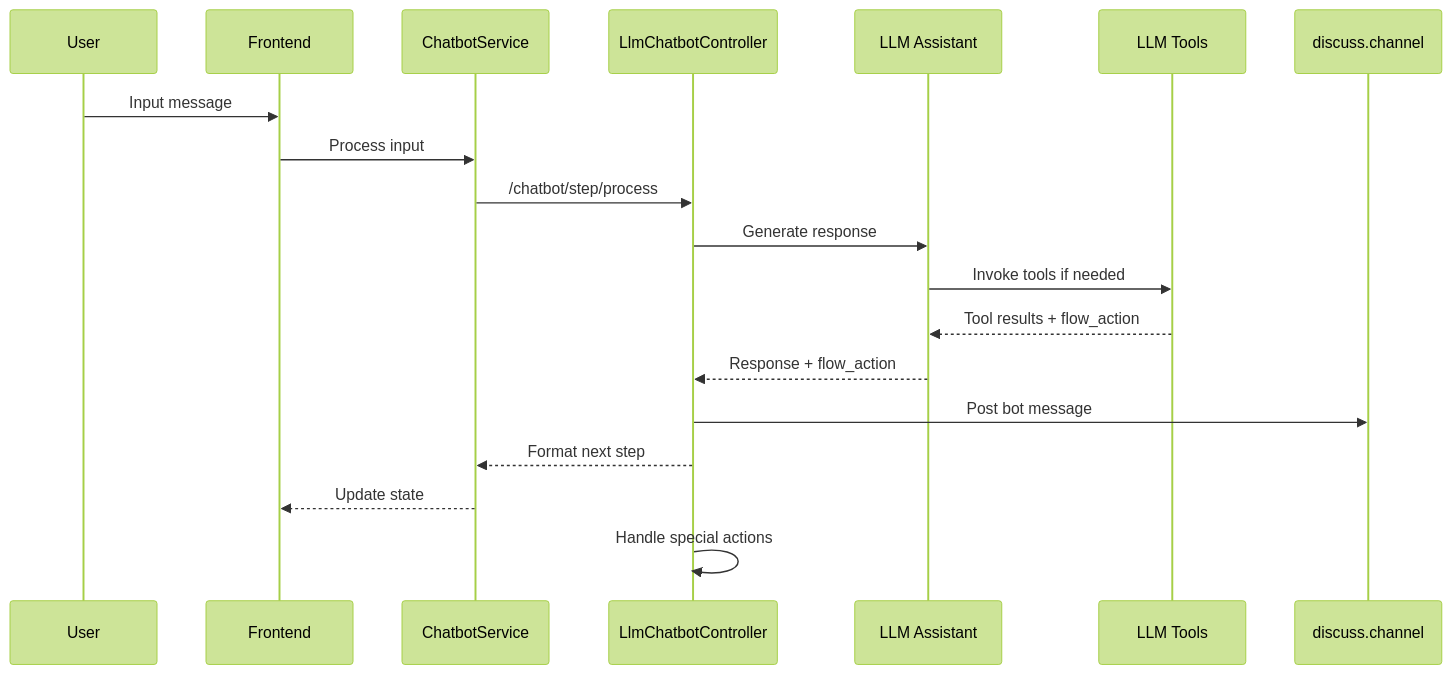
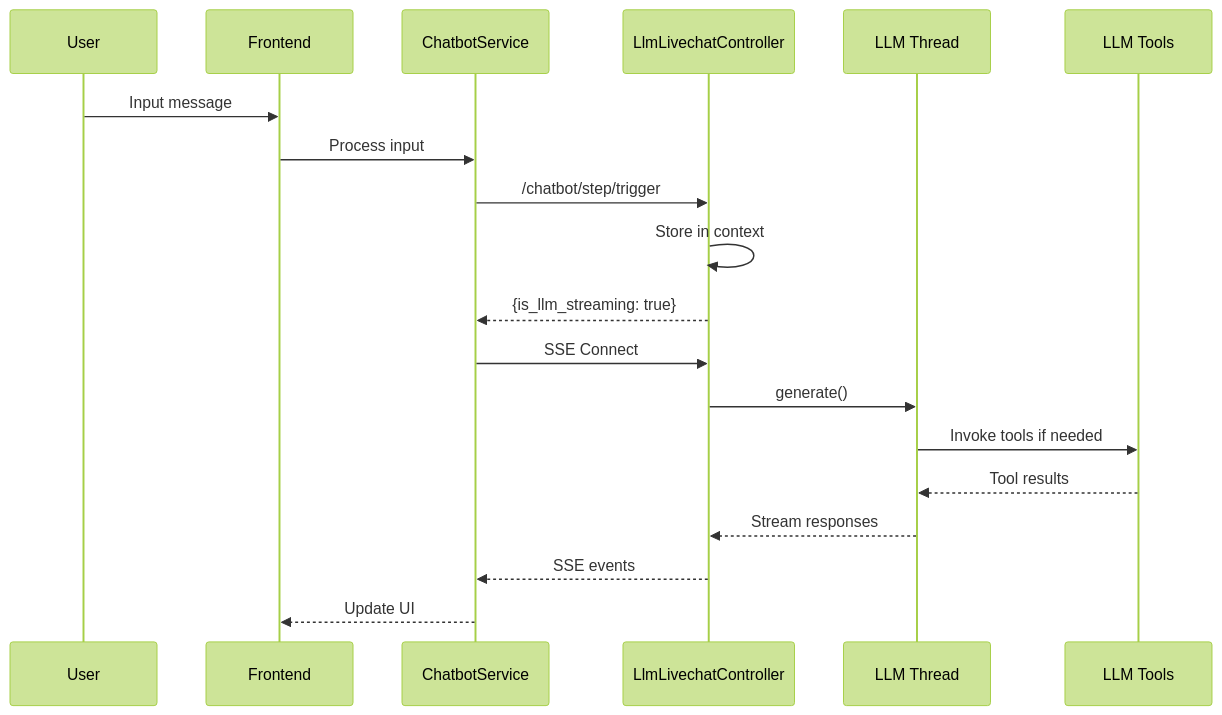
The fourth of 4 diagrams in llm_website_assistant/docs/developer-guide/architecture/architecture.md (yoandym/odoo-llm), drawn with Mermaid (forest theme) before and after one commit. The commit also changed other lines of this file and 46 other files, not shown here.

First line of the commit message:
[WIP] LLM capabilities for im_livechat

````diff
--- a/llm_website_assistant/docs/developer-guide/architecture/architecture.md
+++ b/llm_website_assistant/docs/developer-guide/architecture/architecture.md
@@ -202,21 +352,21 @@
 ```{mermaid}
 sequenceDiagram
     participant U as User
     participant F as Frontend
     participant CS as ChatbotService
-    participant LCC as LlmChatbotController
-    participant LA as LLM Assistant
+    participant LLC as LlmLivechatController
+    participant LT as LLM Thread
     participant T as LLM Tools
-    participant DC as discuss.channel
     U->>F: Input message
     F->>CS: Process input
-    CS->>LCC: /chatbot/step/process
-    LCC->>LA: Generate response
-    LA->>T: Invoke tools if needed
-    T-->>LA: Tool results + flow_action
-    LA-->>LCC: Response + flow_action
-    LCC->>DC: Post bot message
-    LCC-->>CS: Format next step
-    CS-->>F: Update state
-    LCC->>LCC: Handle special actions
+    CS->>LLC: /chatbot/step/trigger
+    LLC->>LLC: Store in context
+    LLC-->>CS: {is_llm_streaming: true}
+    CS->>LLC: SSE Connect
+    LLC->>LT: generate()
+    LT->>T: Invoke tools if needed
+    T-->>LT: Tool results
+    LT-->>LLC: Stream responses
+    LLC-->>CS: SSE events
+    CS-->>F: Update UI
 ```
````
